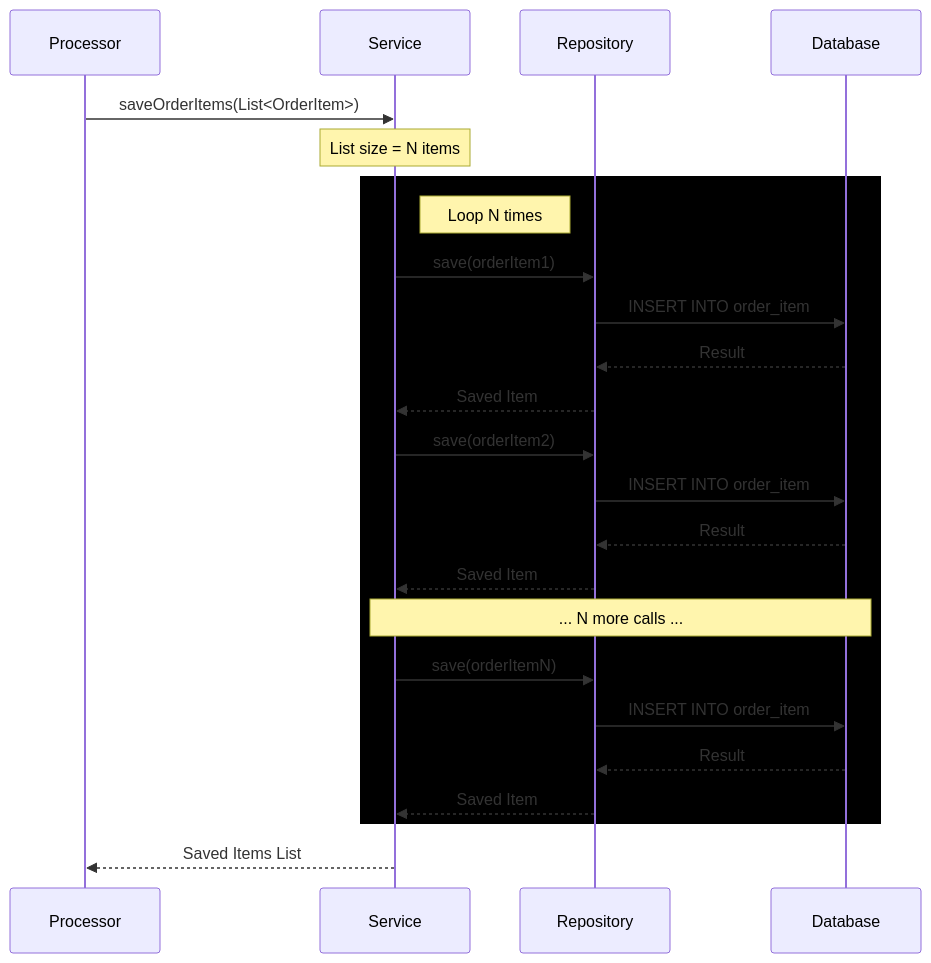
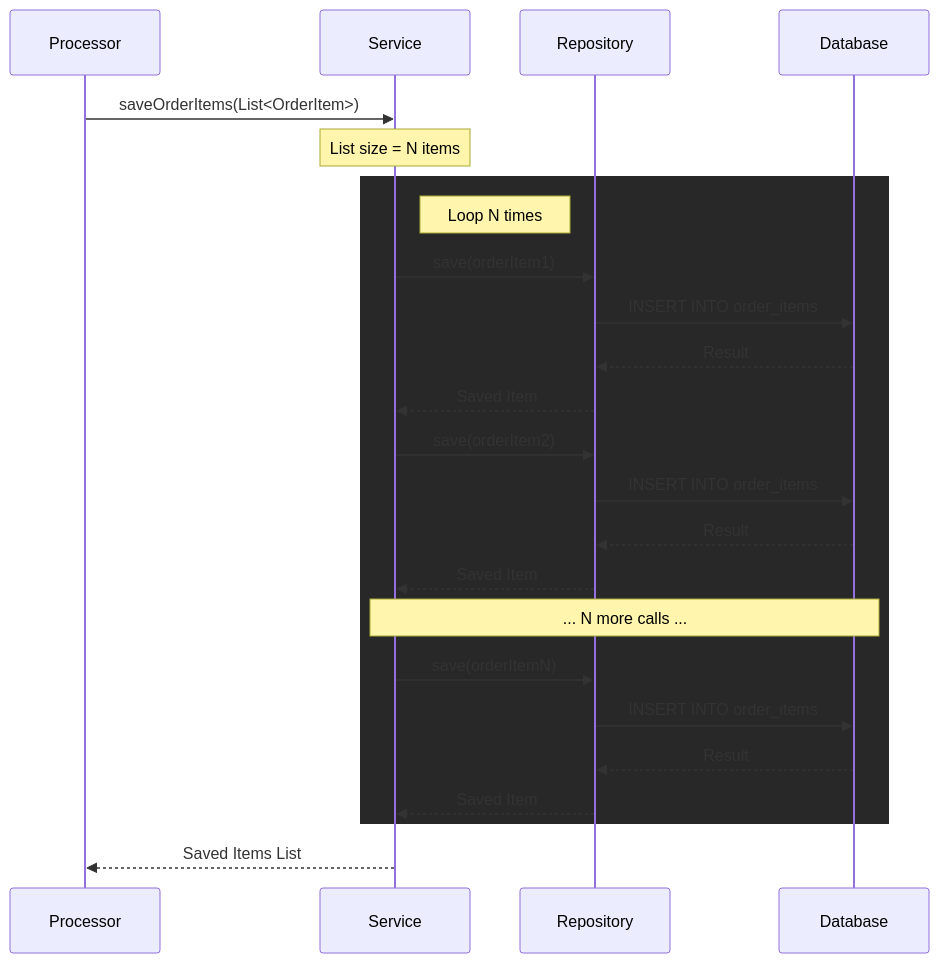
Before and after one commit to Waleed2660/springboot-learning-kit: the first of 2 diagrams in tasks/Task 6 - Database Schema Migration & Optimisation.md, drawn with Mermaid. The commit also changed other lines of this file and 8 other files, not shown here.

````diff
--- a/tasks/Task 6 - Database Schema Migration & Optimisation.md
+++ b/tasks/Task 6 - Database Schema Migration & Optimisation.md
@@ -286,32 +286,32 @@
 ```mermaid
 sequenceDiagram
     participant C as Processor
     participant S as Service
     participant R as Repository
     participant DB as Database
 
     C->>S: saveOrderItems(List<OrderItem>)
     Note over S: List size = N items
 
-    rect rgb(0, 0, 0)
+    rect rgb(40, 40, 40)
         Note right of S: Loop N times
         S->>R: save(orderItem1)
-        R->>DB: INSERT INTO order_item
+        R->>DB: INSERT INTO order_items
         DB-->>R: Result
         R-->>S: Saved Item
         
         S->>R: save(orderItem2)
-        R->>DB: INSERT INTO order_item
+        R->>DB: INSERT INTO order_items
         DB-->>R: Result
         R-->>S: Saved Item
 
         Note over S,DB: ... N more calls ...
 
         S->>R: save(orderItemN)
-        R->>DB: INSERT INTO order_item
+        R->>DB: INSERT INTO order_items
         DB-->>R: Result
         R-->>S: Saved Item
     end
 
     S-->>C: Saved Items List
 ```
````
